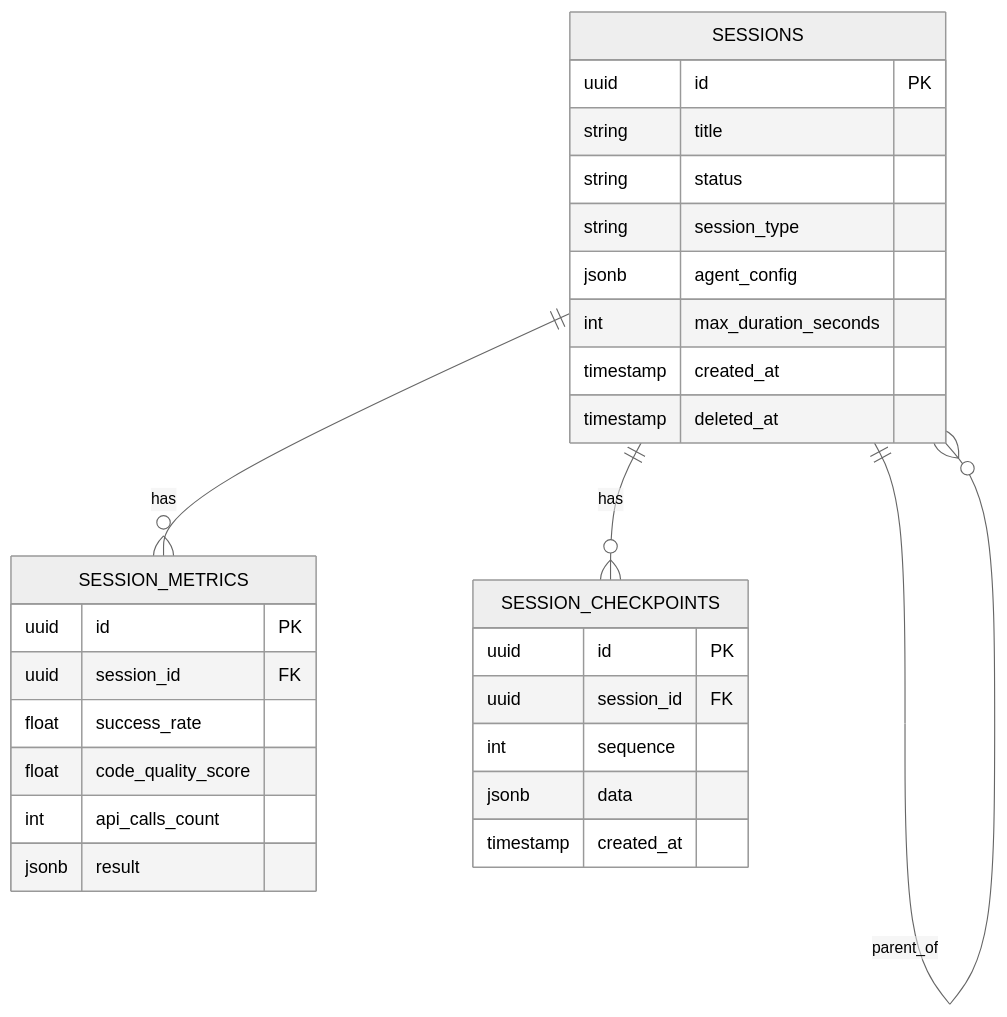
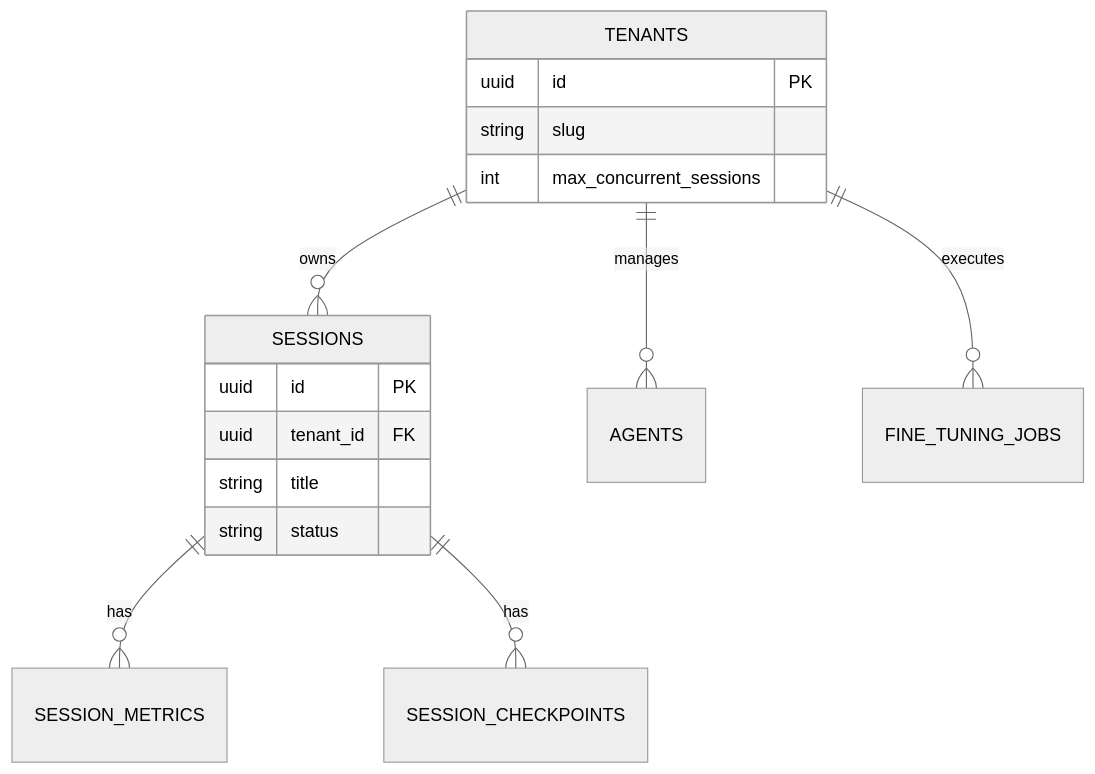
Before and after one commit to nordeim/OpenCode-Industrial-Orchestrator: the third of 3 diagrams in Project_Architecture_Document.md, drawn with Mermaid (neutral theme). The commit also changed other lines of this file and 39 other files, not shown here.

````diff
--- a/Project_Architecture_Document.md
+++ b/Project_Architecture_Document.md
@@ -249,67 +128,21 @@
 ```mermaid
-
 erDiagram
-
+    TENANTS ||--o{ SESSIONS : owns
+    TENANTS ||--o{ AGENTS : manages
+    TENANTS ||--o{ FINE_TUNING_JOBS : executes
     SESSIONS ||--o{ SESSION_METRICS : has
-
     SESSIONS ||--o{ SESSION_CHECKPOINTS : has
 
-    SESSIONS ||--o{ SESSIONS : parent_of
-
-
+    TENANTS {
+        uuid id PK
+        string slug
+        int max_concurrent_sessions
+    }
 
     SESSIONS {
-
         uuid id PK
-
+        uuid tenant_id FK
         string title
-
         string status
-
-        string session_type
-
-        jsonb agent_config
-
-        int max_duration_seconds
-
-        timestamp created_at
-
-        timestamp deleted_at
-
     }
-
-
-
-    SESSION_METRICS {
-
-        uuid id PK
-
-        uuid session_id FK
-
-        float success_rate
-
-        float code_quality_score
-
-        int api_calls_count
-
-        jsonb result
-
-    }
-
-
-
-    SESSION_CHECKPOINTS {
-
-        uuid id PK
-
-        uuid session_id FK
-
-        int sequence
-
-        jsonb data
-
-        timestamp created_at
-
-    }
-
 ```
````
